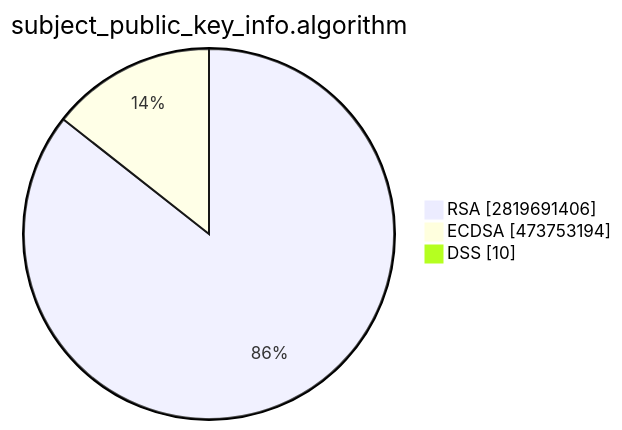
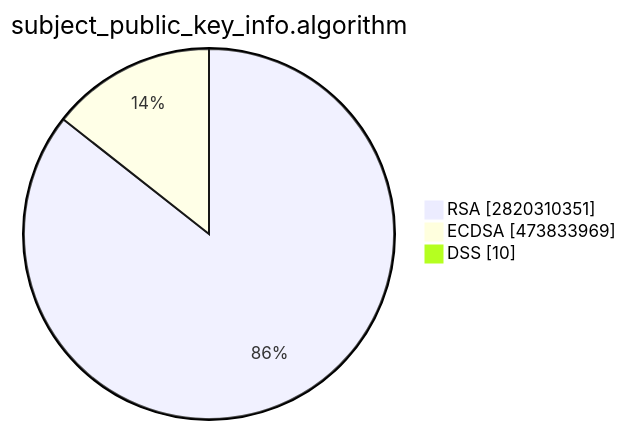
Before and after one commit to christiankrug/ctmonitor_visualization: the second of 15 diagrams in TOTAL/README.md, drawn with Mermaid. The commit also changed other lines of this file, not shown here.

````diff
--- a/TOTAL/README.md
+++ b/TOTAL/README.md
@@ -6,7 +6,7 @@
 ```mermaid
 pie showData
 title subject_public_key_info.algorithm
-"RSA" :2819691406
-"ECDSA" :473753194
+"RSA" :2820310351
+"ECDSA" :473833969
 "DSS" :10
 ```
````
